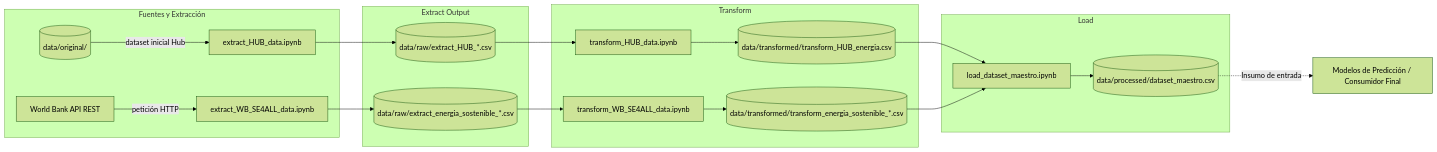
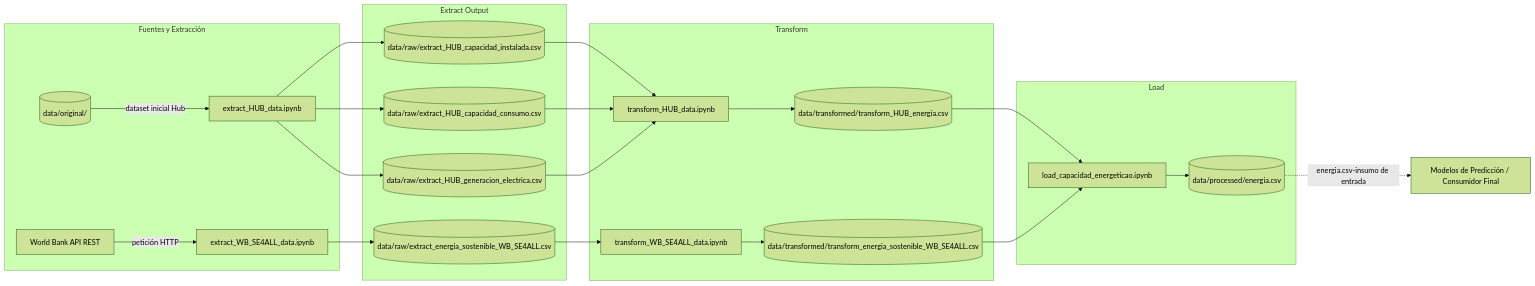
The diagram in README.md (carlosdazar/etl-demanda-electrica), drawn with Mermaid (forest theme) before and after one commit. The commit also changed other lines of this file, not shown here.

````diff
--- a/README.md
+++ b/README.md
@@ -64,26 +64,27 @@
 ```mermaid
 flowchart LR
 subgraph Fuentes y Extracción
         O[(data/original/)] -->|dataset inicial Hub| E1[extract_HUB_data.ipynb]
         API[World Bank API REST] -->|petición HTTP| E2[extract_WB_SE4ALL_data.ipynb]
     end
       subgraph Extract Output
-        E1 --> R1[(data/raw/extract_HUB_*.csv)]
-        E2 --> R2[(data/raw/extract_energia_sostenible_*.csv)]
+        E1 --> R1[(data/raw/extract_HUB_capacidad_instalada.csv)]
+        E1 --> R2[(data/raw/extract_HUB_capacidad_consumo.csv)]
+        E1 --> R3[(data/raw/extract_HUB_generacion_electrica.csv)]
+        E2 --> R4[(data/raw/extract_energia_sostenible_WB_SE4ALL.csv)]
     end
-
     subgraph Transform
-        R1 --> T1[transform_HUB_data.ipynb]
-        R2 --> T2[transform_WB_SE4ALL_data.ipynb]
+        R1 & R2 & R3 --> T1[transform_HUB_data.ipynb]
+        R4 --> T2[transform_WB_SE4ALL_data.ipynb]
         T1 --> D1[(data/transformed/transform_HUB_energia.csv)]
-        T2 --> D2[(data/transformed/transform_energia_sostenible_*.csv)]
+        T2 --> D2[(data/transformed/transform_energia_sostenible_WB_SE4ALL.csv)]
     end
 
     subgraph Load
-        D1 --> L[load_dataset_maestro.ipynb]
-        D2 --> L
-        L --> M[(data/processed/dataset_maestro.csv)]
+        D1 --> L[load_capacidad_energeticao.ipynb]
+        D2 --> L[load_capacidad_energeticao.ipynb]
+        L --> M[(data/processed/energia.csv)]
     end
 
-    M -.->|Insumo de entrada| ML[Modelos de Predicción / Consumidor Final]
+    M -.->|energia.csv-insumo de entrada| ML[Modelos de Predicción / Consumidor Final]
 ```
````
